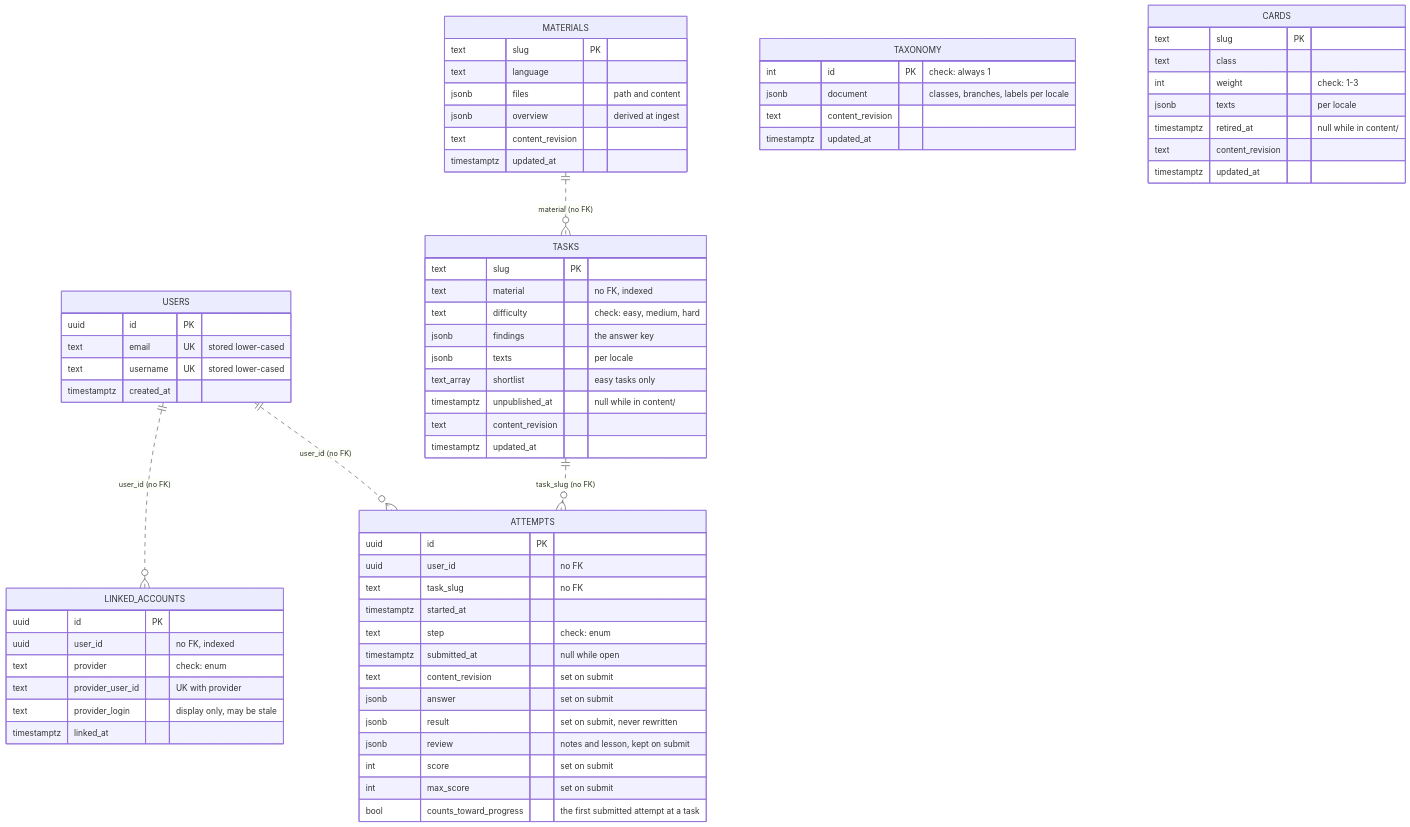
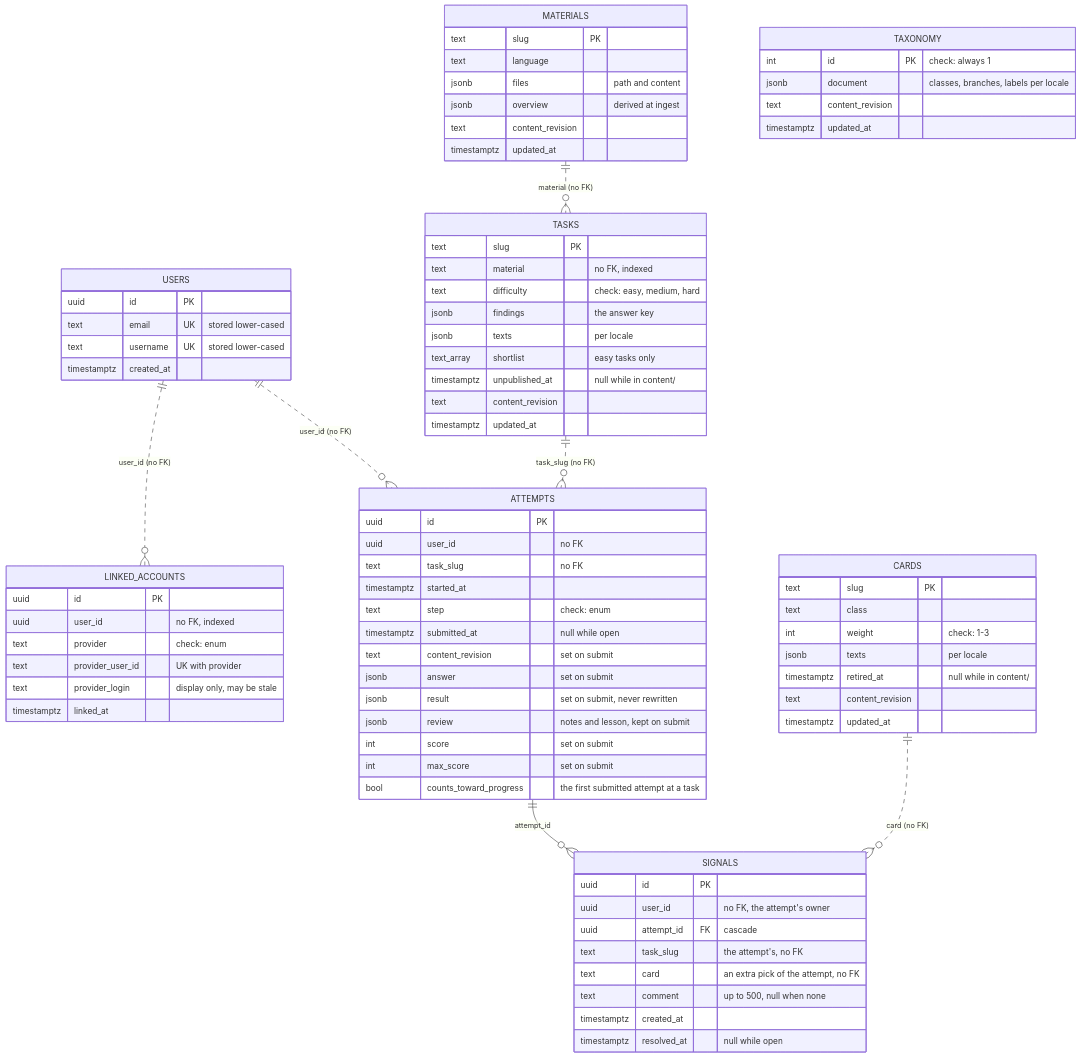
The diagram in docs/DATABASE_SCHEMA.md (shoraLBRT/ritocode), drawn with Mermaid before and after one commit. The commit also changed other lines of this file and 28 other files, not shown here.

First line of the commit message:
feat: signals from extra picks (#129)

````diff
--- a/docs/DATABASE_SCHEMA.md
+++ b/docs/DATABASE_SCHEMA.md
@@ -30,6 +30,8 @@
     MATERIALS ||..o{ TASKS : "material (no FK)"
     USERS ||..o{ ATTEMPTS : "user_id (no FK)"
     TASKS ||..o{ ATTEMPTS : "task_slug (no FK)"
+    ATTEMPTS ||--o{ SIGNALS : "attempt_id"
+    CARDS ||..o{ SIGNALS : "card (no FK)"
 
     USERS {
         uuid id PK
@@ -100,4 +102,15 @@
         int max_score "set on submit"
         bool counts_toward_progress "the first submitted attempt at a task"
     }
+
+    SIGNALS {
+        uuid id PK
+        uuid user_id "no FK, the attempt's owner"
+        uuid attempt_id FK "cascade"
+        text task_slug "the attempt's, no FK"
+        text card "an extra pick of the attempt, no FK"
+        text comment "up to 500, null when none"
+        timestamptz created_at
+        timestamptz resolved_at "null while open"
+    }
 ```
````
